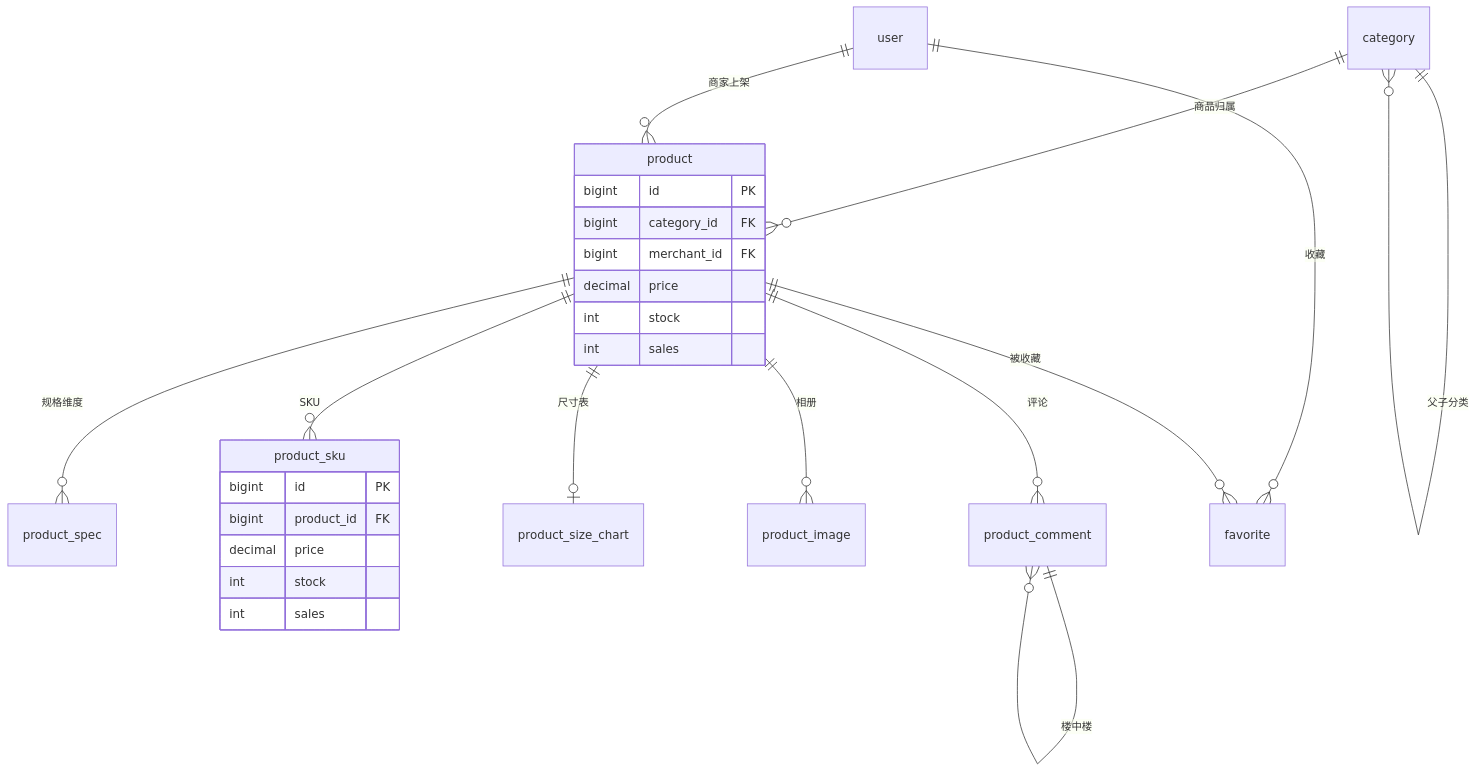
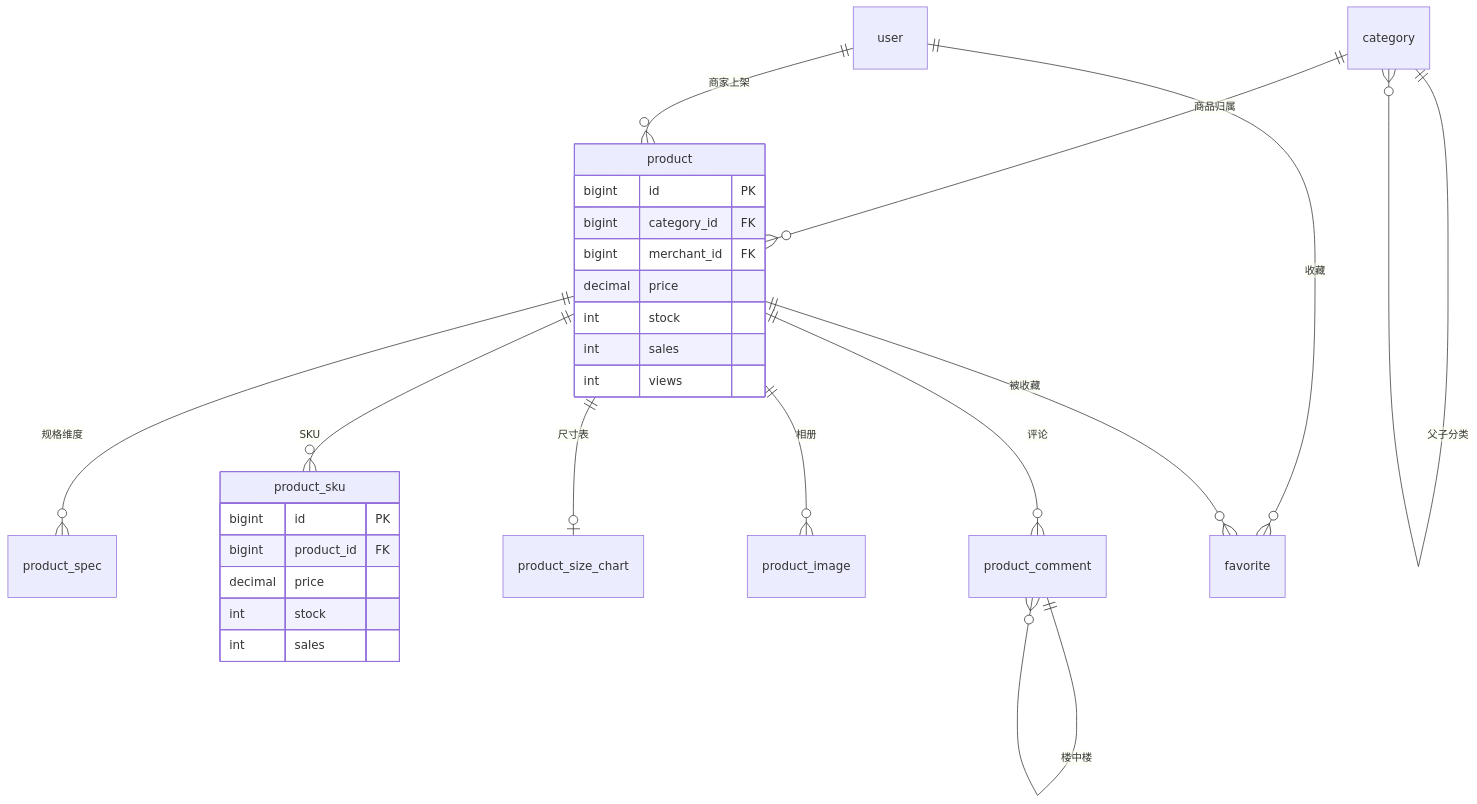
The fourth of 12 diagrams in docs/数据库设计文档.md (shuxinwu718-web/Eshop_front), drawn with Mermaid before and after one commit. The commit also changed other lines of this file and 66 other files, not shown here.

````diff
--- a/docs/数据库设计文档.md
+++ b/docs/数据库设计文档.md
@@ -311,30 +311,31 @@
 ```mermaid
 erDiagram
     category ||--o{ category : "父子分类"
     category ||--o{ product : "商品归属"
     user ||--o{ product : "商家上架"
     product ||--o{ product_spec : "规格维度"
     product ||--o{ product_sku : "SKU"
     product ||--o| product_size_chart : "尺寸表"
     product ||--o{ product_image : "相册"
     product ||--o{ product_comment : "评论"
     product_comment ||--o{ product_comment : "楼中楼"
     user ||--o{ favorite : "收藏"
     product ||--o{ favorite : "被收藏"
 
     product {
         bigint id PK
         bigint category_id FK
         bigint merchant_id FK
         decimal price
         int stock
         int sales
+        int views
     }
     product_sku {
         bigint id PK
         bigint product_id FK
         decimal price
         int stock
         int sales
     }
 ```
````
